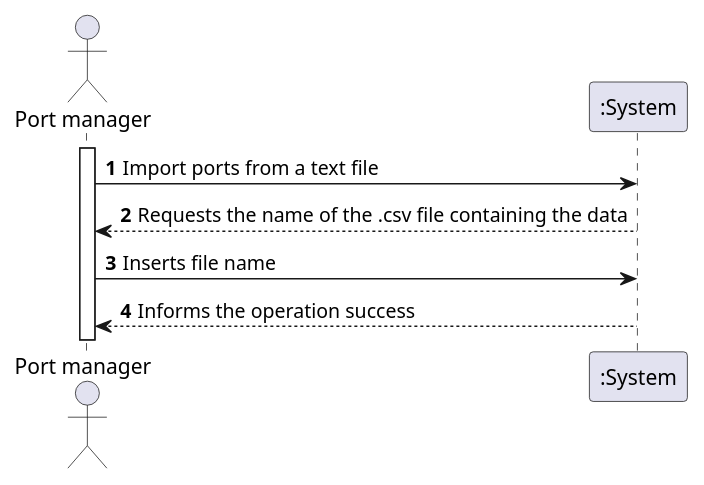
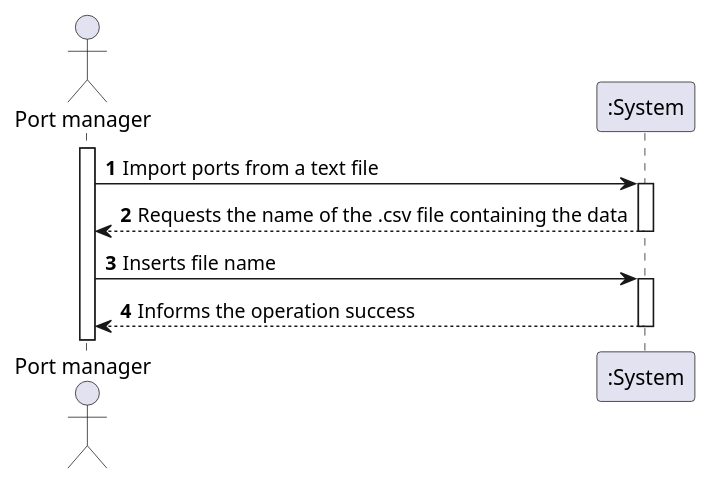
One commit to 0franciscor/lapr3-2021-g042 changed the diagram in docs/US201/US201_SSD.puml. Above: the diagram before and after it, drawn with PlantUML. The commit also changed 8 other files, not shown here.

```diff
--- a/docs/US201/US201_SSD.puml
+++ b/docs/US201/US201_SSD.puml
@@ -1,13 +1,16 @@
 @startuml
 autonumber
 
 actor "Port manager" as M
 
 activate M
 M -> ":System": Import ports from a text file
+activate ":System"
 ":System" --> M --: Requests the name of the .csv file containing the data
+deactivate ":System"
 M -> ":System": Inserts file name
+activate ":System"
 ":System" --> M --: Informs the operation success
-
+deactivate ":System"
 
 @enduml
```
